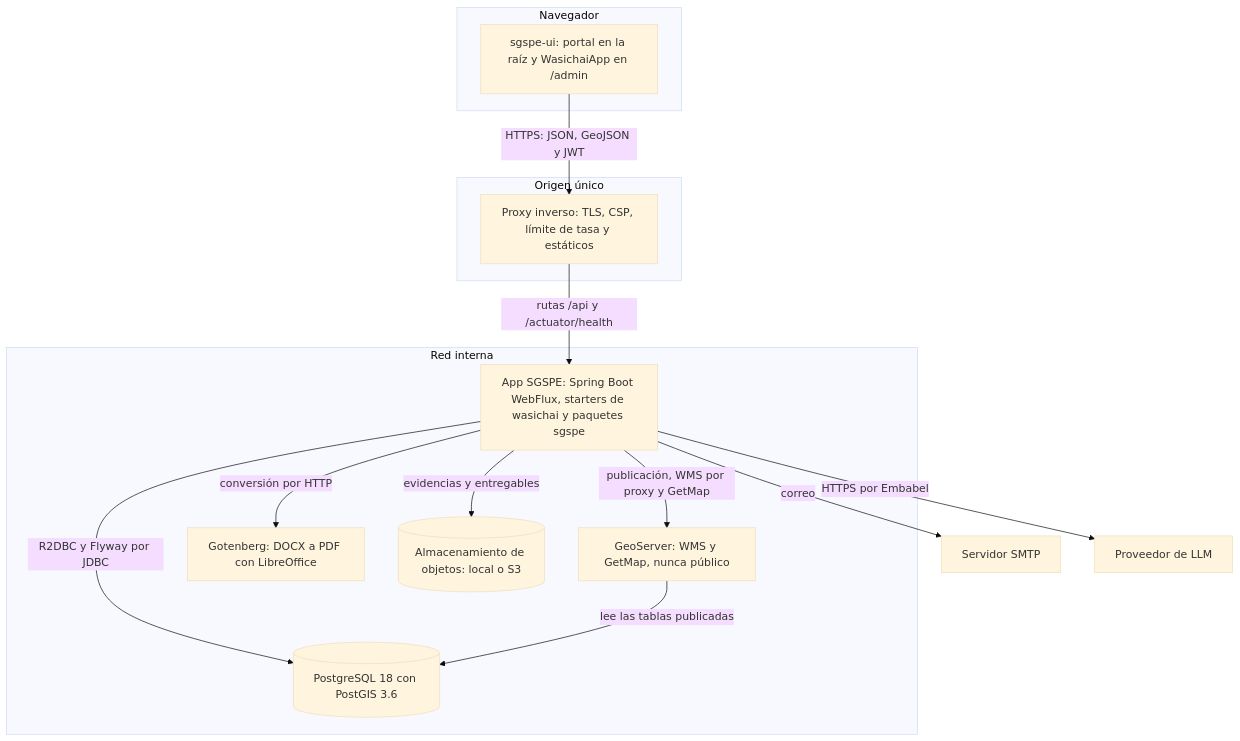
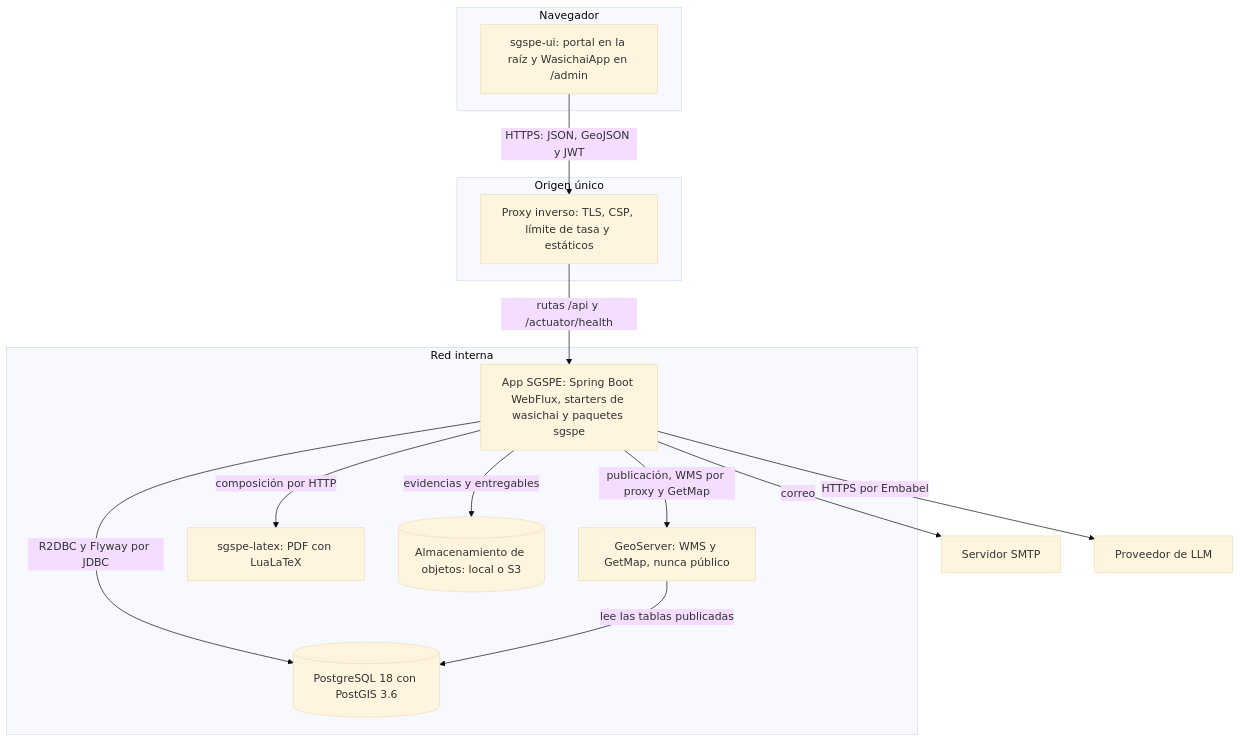
Before and after one commit to wasichai/sgspe: the second of 8 diagrams in docs/architecture.md, drawn with Mermaid (base theme). The commit also changed other lines of this file and 15 other files, not shown here.

First line of the commit message:
docs(deliverable): PDF de imprenta con LuaLaTeX y DOCX con diseño editorial

````diff
--- a/docs/architecture.md
+++ b/docs/architecture.md
@@ -128,27 +128,27 @@
 ```mermaid
 flowchart TB
     subgraph NAV["Navegador"]
         UI["sgspe-ui: portal en la raíz y WasichaiApp en /admin"]
     end
     subgraph EDGE["Origen único"]
         PX["Proxy inverso: TLS, CSP, límite de tasa y estáticos"]
     end
     subgraph INT["Red interna"]
         APP["App SGSPE: Spring Boot WebFlux, starters de wasichai y paquetes sgspe"]
         DB[("PostgreSQL 18 con PostGIS 3.6")]
         GS["GeoServer: WMS y GetMap, nunca público"]
-        GT["Gotenberg: DOCX a PDF con LibreOffice"]
+        GT["sgspe-latex: PDF con LuaLaTeX"]
         OS[("Almacenamiento de objetos: local o S3")]
     end
     SMTP["Servidor SMTP"]
     LLM["Proveedor de LLM"]
     UI -->|"HTTPS: JSON, GeoJSON y JWT"| PX
     PX -->|"rutas /api y /actuator/health"| APP
     APP -->|"R2DBC y Flyway por JDBC"| DB
     GS -->|"lee las tablas publicadas"| DB
     APP -->|"publicación, WMS por proxy y GetMap"| GS
-    APP -->|"conversión por HTTP"| GT
+    APP -->|"composición por HTTP"| GT
     APP -->|"evidencias y entregables"| OS
     APP -->|"correo"| SMTP
     APP -->|"HTTPS por Embabel"| LLM
 ```
````
